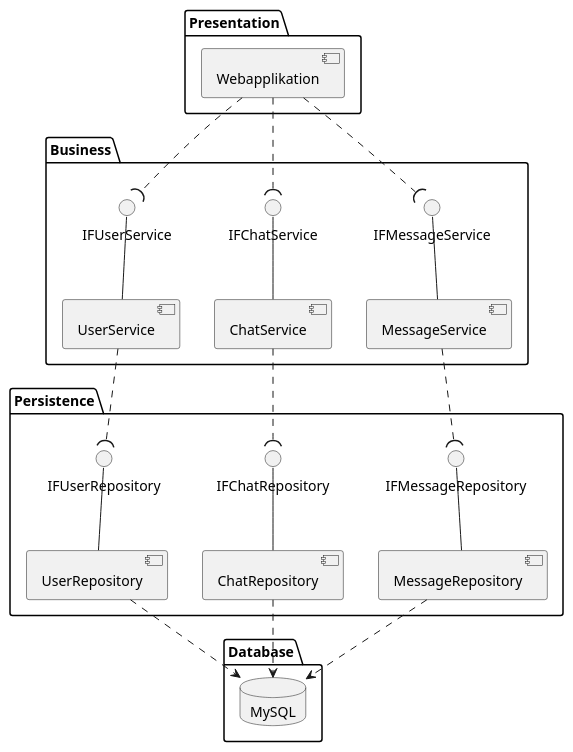
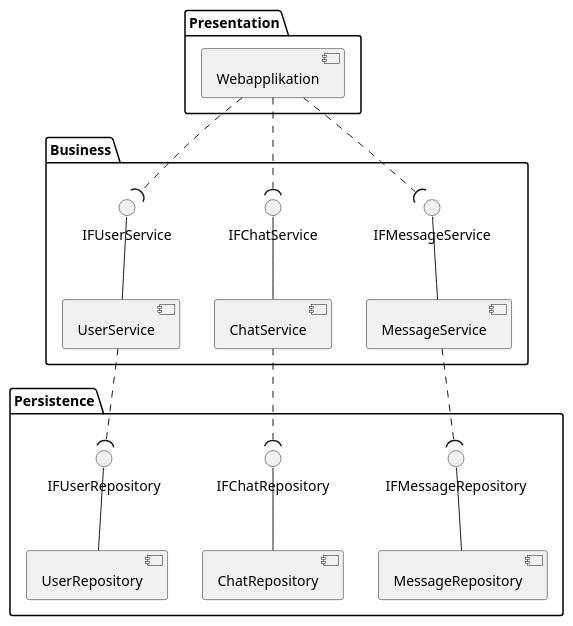
One commit to bbenno/oth-sw changed the diagram in src/doc/uml-component.puml. Above: the diagram before and after it, drawn with PlantUML.

Commit message:
Remove database layer from component diagram

```diff
--- a/src/doc/uml-component.puml
+++ b/src/doc/uml-component.puml
@@ -1,56 +1,46 @@
 @startuml chat
 ' Presentation Layer
 package "Presentation" {
     component "Webapplikation" as app
 }
 
 ' Busines (Logic) Layer
 package "Business" {
     component "UserService" as US
     component "ChatService" as CS
     component "MessageService" as MS
 
     interface "IFUserService" as IFUS
     interface "IFChatService" as IFCS
     interface "IFMessageService" as IFMS
 
     US -up- IFUS
     CS -up- IFCS
     MS -up- IFMS
 }
 
 ' Persistence Layer
 package "Persistence" {
     component "UserRepository" as UR
     component "ChatRepository" as CR
     component "MessageRepository" as MR
 
     interface "IFUserRepository" as IFUR
     interface "IFChatRepository" as IFCR
     interface "IFMessageRepository" as IFMR
 
     UR -up- IFUR
     CR -up- IFCR
     MR -up- IFMR
 }
 
-' Database Layer
-package "Database" {
-    database "MySQL" as db
-}
-
 ' Connect presentation layer to busines layer
 app .down.( IFUS
 app .down.( IFCS
 app .down.( IFMS
 
 ' Connect business layer to persistence layer
 US .down.( IFUR
 CS .down.( IFCR
 MS .down.( IFMR
-
-' Connect persistence layer to database layer
-UR .down.> db
-CR .down.> db
-MR .down.> db
 @enduml
```
